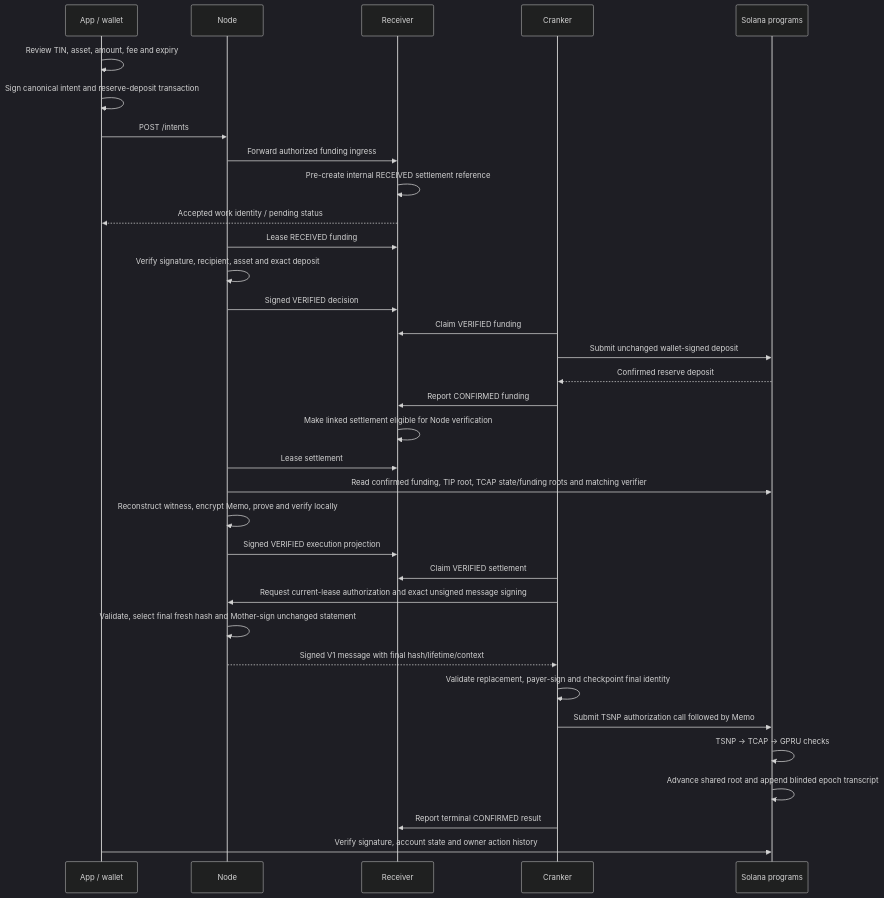
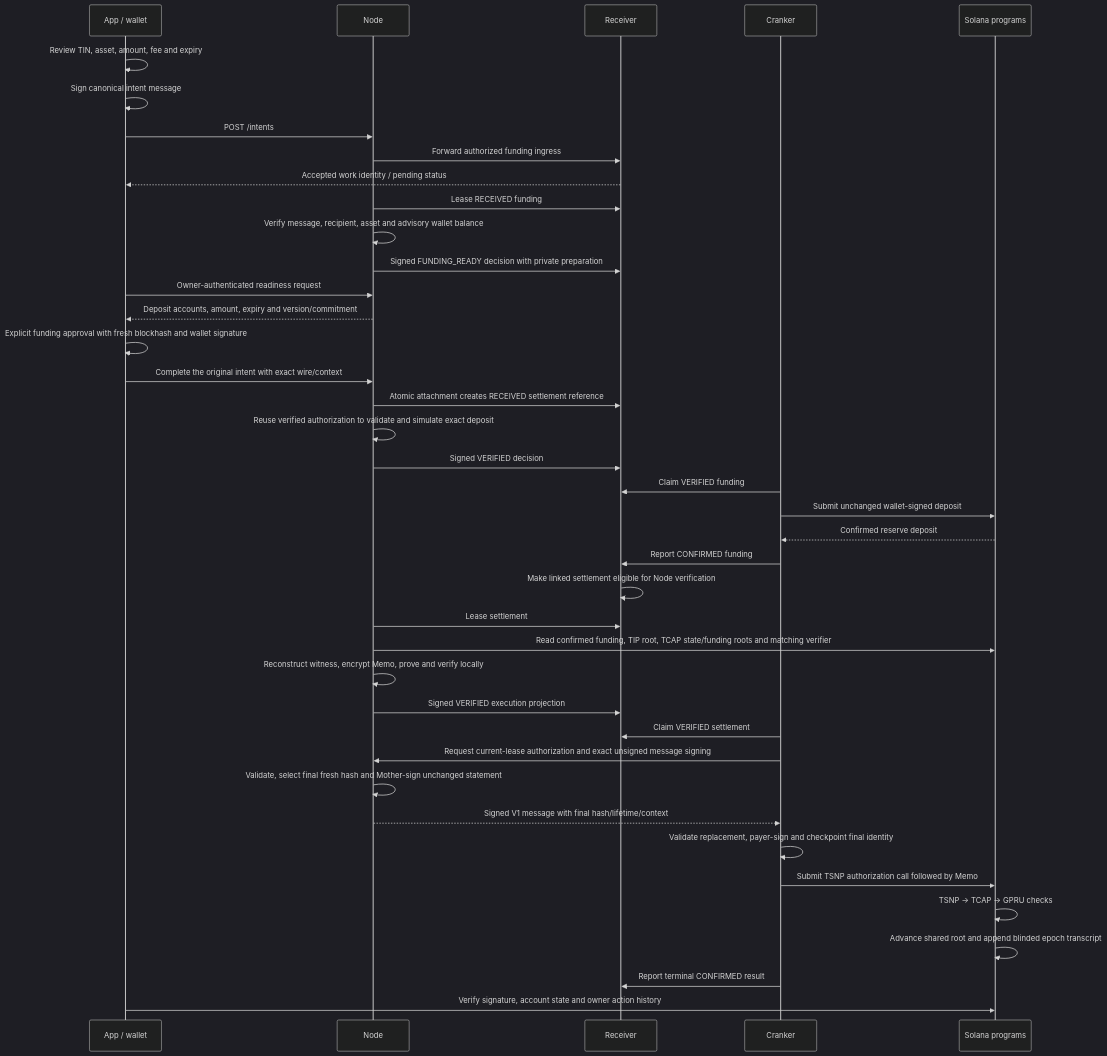
One commit to bigdreamsweb3/trustlink-pay changed the second of 2 diagrams in docs/laboratory/architecture-map.md. Above: the diagram before and after it, drawn with Mermaid (dark theme). The commit also changed other lines of this file and 958 other files, not shown here.

````diff
--- a/docs/laboratory/architecture-map.md
+++ b/docs/laboratory/architecture-map.md
@@ -41,36 +41,42 @@
 ```mermaid
 sequenceDiagram
   participant A as App / wallet
   participant N as Node
   participant R as Receiver
   participant C as Cranker
   participant P as Solana programs
   A->>A: Review TIN, asset, amount, fee and expiry
-  A->>A: Sign canonical intent and reserve-deposit transaction
+  A->>A: Sign canonical intent message
   A->>N: POST /intents
   N->>R: Forward authorized funding ingress
-  R->>R: Pre-create internal RECEIVED settlement reference
   R-->>A: Accepted work identity / pending status
   N->>R: Lease RECEIVED funding
-  N->>N: Verify signature, recipient, asset and exact deposit
+  N->>N: Verify message, recipient, asset and advisory wallet balance
+  N->>R: Signed FUNDING_READY decision with private preparation
+  A->>N: Owner-authenticated readiness request
+  N-->>A: Deposit accounts, amount, expiry and version/commitment
+  A->>A: Explicit funding approval with fresh blockhash and wallet signature
+  A->>N: Complete the original intent with exact wire/context
+  N->>R: Atomic attachment creates RECEIVED settlement reference
+  N->>N: Reuse verified authorization to validate and simulate exact deposit
   N->>R: Signed VERIFIED decision
   C->>R: Claim VERIFIED funding
   C->>P: Submit unchanged wallet-signed deposit
   P-->>C: Confirmed reserve deposit
   C->>R: Report CONFIRMED funding
   R->>R: Make linked settlement eligible for Node verification
   N->>R: Lease settlement
   N->>P: Read confirmed funding, TIP root, TCAP state/funding roots and matching verifier
   N->>N: Reconstruct witness, encrypt Memo, prove and verify locally
   N->>R: Signed VERIFIED execution projection
   C->>R: Claim VERIFIED settlement
   C->>N: Request current-lease authorization and exact unsigned message signing
   N->>N: Validate, select final fresh hash and Mother-sign unchanged statement
   N-->>C: Signed V1 message with final hash/lifetime/context
   C->>C: Validate replacement, payer-sign and checkpoint final identity
   C->>P: Submit TSNP authorization call followed by Memo
   P->>P: TSNP -> TCAP -> GPRU checks
   P->>P: Advance shared root and append blinded epoch transcript
   C->>R: Report terminal CONFIRMED result
   A->>P: Verify signature, account state and owner action history
 ```
````
